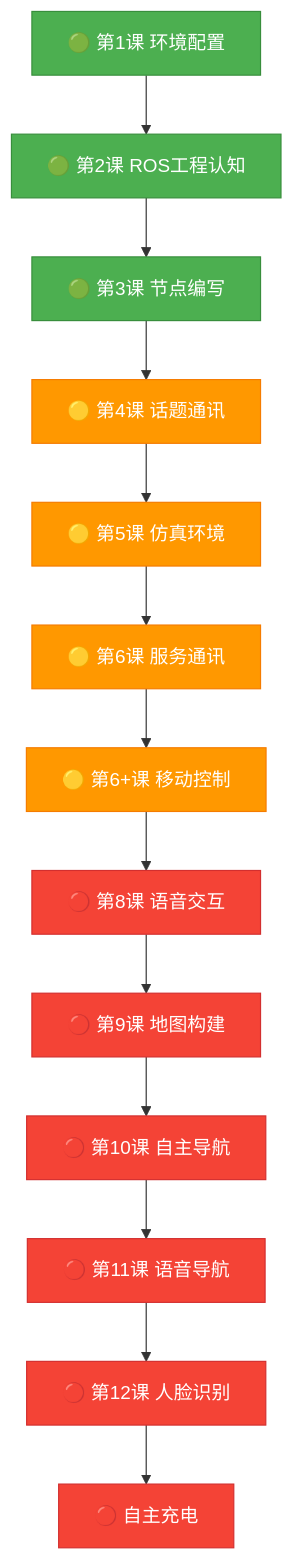
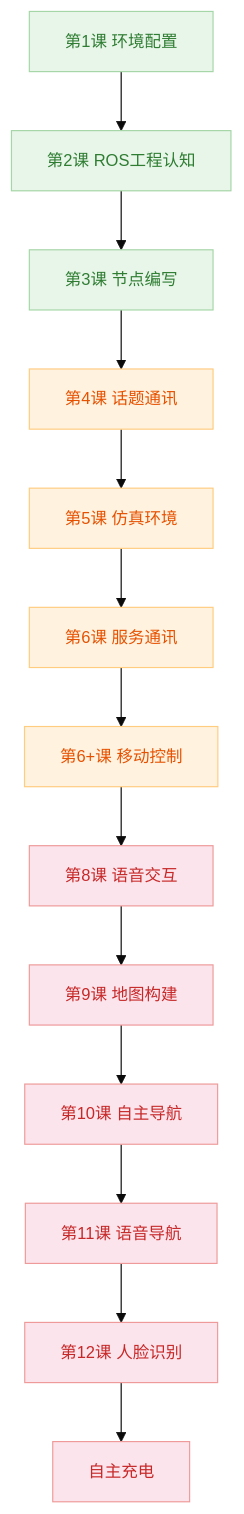
The diagram in README.md (Ovo-Milo/ROS-Learning), drawn with Mermaid before and after one commit. The commit also changed other lines of this file, not shown here.

Commit message:
style: 统一 badges 尺寸 + Mermaid 改为浅色系小字号

````diff
--- a/README.md
+++ b/README.md
@@ -56,29 +56,30 @@
 ```mermaid
+%%{init: {'theme': 'base', 'themeVariables': {'fontSize': '14px'}}}%%
 graph TD
-    A["🟢 第1课 环境配置"] --> B["🟢 第2课 ROS工程认知"]
-    B --> C["🟢 第3课 节点编写"]
-    C --> D["🟡 第4课 话题通讯"]
-    D --> E["🟡 第5课 仿真环境"]
-    E --> F["🟡 第6课 服务通讯"]
-    F --> G["🟡 第6+课 移动控制"]
-    G --> H["🔴 第8课 语音交互"]
-    H --> I["🔴 第9课 地图构建"]
-    I --> J["🔴 第10课 自主导航"]
-    J --> K["🔴 第11课 语音导航"]
-    K --> L["🔴 第12课 人脸识别"]
-    L --> M["🔴 自主充电"]
+    A["第1课 环境配置"] --> B["第2课 ROS工程认知"]
+    B --> C["第3课 节点编写"]
+    C --> D["第4课 话题通讯"]
+    D --> E["第5课 仿真环境"]
+    E --> F["第6课 服务通讯"]
+    F --> G["第6+课 移动控制"]
+    G --> H["第8课 语音交互"]
+    H --> I["第9课 地图构建"]
+    I --> J["第10课 自主导航"]
+    J --> K["第11课 语音导航"]
+    K --> L["第12课 人脸识别"]
+    L --> M["自主充电"]
 
-    style A fill:#4CAF50,stroke:#388E3C,color:#fff
-    style B fill:#4CAF50,stroke:#388E3C,color:#fff
-    style C fill:#4CAF50,stroke:#388E3C,color:#fff
-    style D fill:#FF9800,stroke:#F57C00,color:#fff
-    style E fill:#FF9800,stroke:#F57C00,color:#fff
-    style F fill:#FF9800,stroke:#F57C00,color:#fff
-    style G fill:#FF9800,stroke:#F57C00,color:#fff
-    style H fill:#F44336,stroke:#D32F2F,color:#fff
-    style I fill:#F44336,stroke:#D32F2F,color:#fff
-    style J fill:#F44336,stroke:#D32F2F,color:#fff
-    style K fill:#F44336,stroke:#D32F2F,color:#fff
-    style L fill:#F44336,stroke:#D32F2F,color:#fff
-    style M fill:#F44336,stroke:#D32F2F,color:#fff
+    style A fill:#e8f5e9,stroke:#a5d6a7,color:#2e7d32
+    style B fill:#e8f5e9,stroke:#a5d6a7,color:#2e7d32
+    style C fill:#e8f5e9,stroke:#a5d6a7,color:#2e7d32
+    style D fill:#fff3e0,stroke:#ffcc80,color:#e65100
+    style E fill:#fff3e0,stroke:#ffcc80,color:#e65100
+    style F fill:#fff3e0,stroke:#ffcc80,color:#e65100
+    style G fill:#fff3e0,stroke:#ffcc80,color:#e65100
+    style H fill:#fce4ec,stroke:#ef9a9a,color:#c62828
+    style I fill:#fce4ec,stroke:#ef9a9a,color:#c62828
+    style J fill:#fce4ec,stroke:#ef9a9a,color:#c62828
+    style K fill:#fce4ec,stroke:#ef9a9a,color:#c62828
+    style L fill:#fce4ec,stroke:#ef9a9a,color:#c62828
+    style M fill:#fce4ec,stroke:#ef9a9a,color:#c62828
 ```
````
